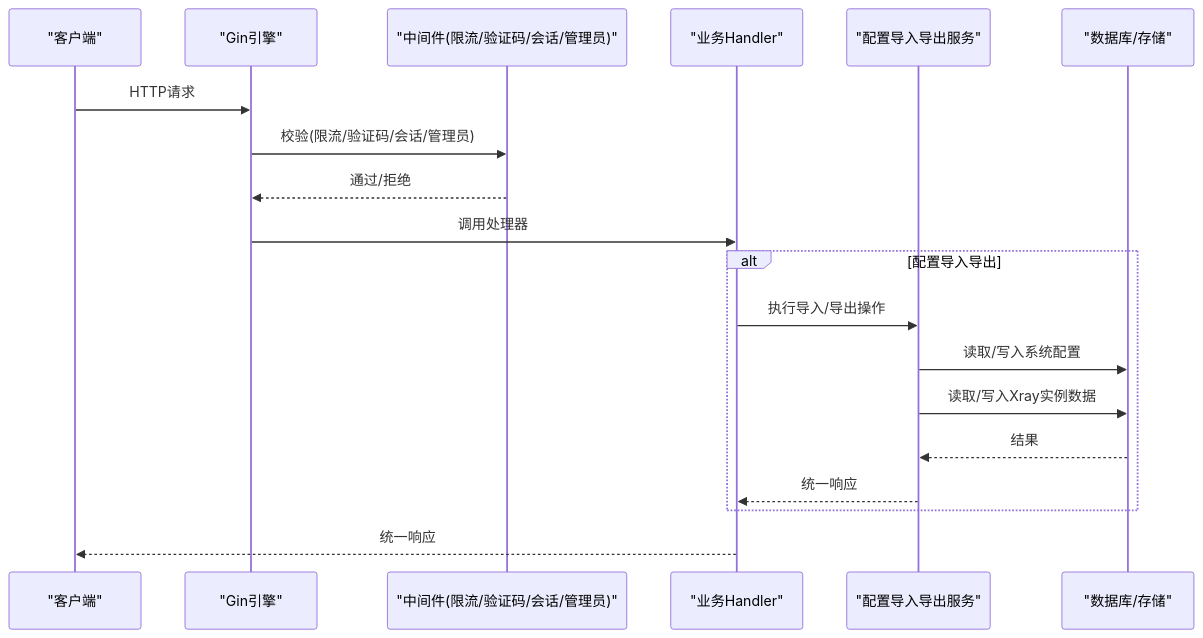
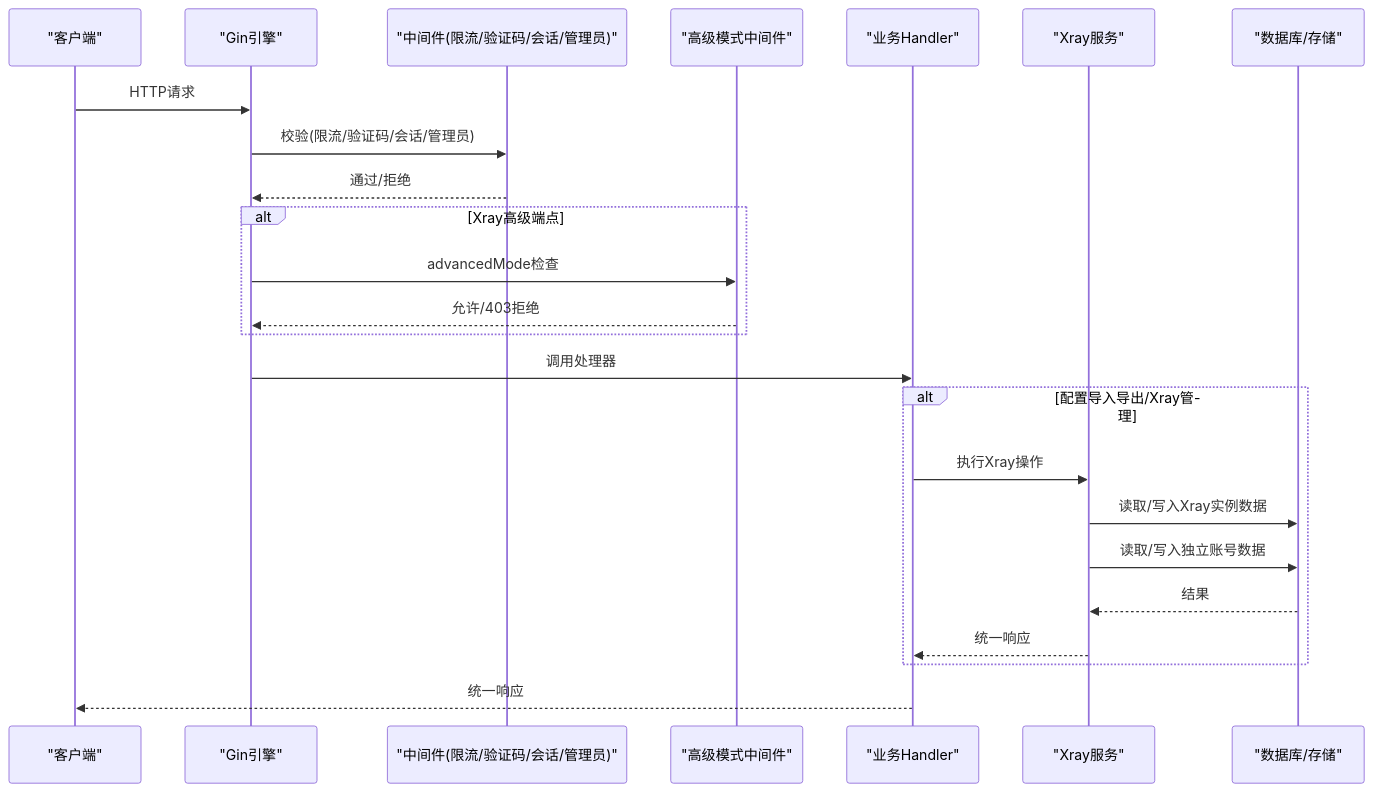
Before and after one commit to AlcaProphet/VPN-Subscription-Management: the second of 8 diagrams in .qoder/repowiki/zh/content/API接口文档/API接口文档.md, drawn with Mermaid. The commit also changed other lines of this file and 7 other files, not shown here.

````diff
--- a/.qoder/repowiki/zh/content/API接口文档/API接口文档.md
+++ b/.qoder/repowiki/zh/content/API接口文档/API接口文档.md
@@ -103,21 +113,26 @@
 ```mermaid
 sequenceDiagram
 participant Client as "客户端"
 participant Gin as "Gin引擎"
 participant MW as "中间件(限流/验证码/会话/管理员)"
+participant AdvancedMW as "高级模式中间件"
 participant Handler as "业务Handler"
-participant ExportSvc as "配置导入导出服务"
+participant XraySvc as "Xray服务"
 participant DB as "数据库/存储"
 Client->>Gin : HTTP请求
 Gin->>MW : 校验(限流/验证码/会话/管理员)
 MW-->>Gin : 通过/拒绝
+alt Xray高级端点
+Gin->>AdvancedMW : advancedMode检查
+AdvancedMW-->>Gin : 允许/403拒绝
+end
 Gin->>Handler : 调用处理器
-alt 配置导入导出
-Handler->>ExportSvc : 执行导入/导出操作
-ExportSvc->>DB : 读取/写入系统配置
-ExportSvc->>DB : 读取/写入Xray实例数据
-DB-->>ExportSvc : 结果
-ExportSvc-->>Handler : 统一响应
+alt 配置导入导出/Xray管理
+Handler->>XraySvc : 执行Xray操作
+XraySvc->>DB : 读取/写入Xray实例数据
+XraySvc->>DB : 读取/写入独立账号数据
+DB-->>XraySvc : 结果
+XraySvc-->>Handler : 统一响应
 end
 Handler-->>Client : 统一响应
 ```
````
